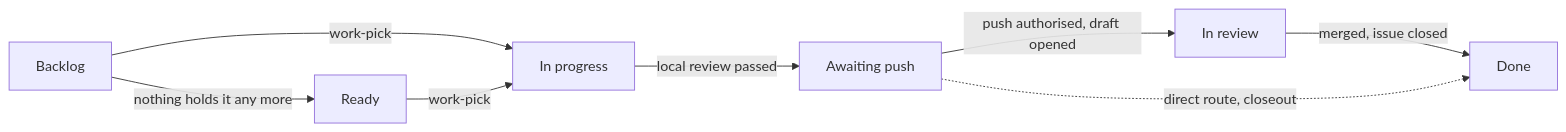
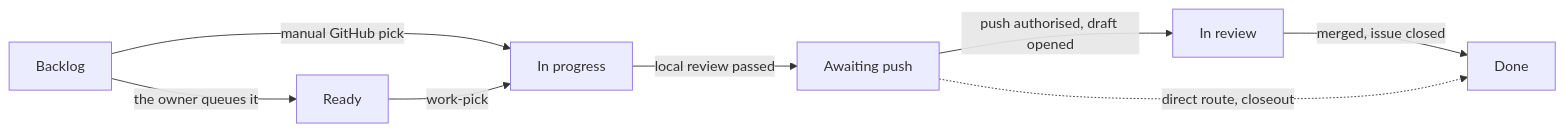
The diagram in docs/AI-WORKFLOW-board.md (zaingulel/kestrel), drawn with Mermaid before and after one commit. The commit also changed other lines of this file and 277 other files, not shown here.

````diff
--- a/docs/AI-WORKFLOW-board.md
+++ b/docs/AI-WORKFLOW-board.md
@@ -37,12 +37,12 @@
 ```mermaid
 flowchart LR
     accTitle: How a card moves across the board
-    accDescr: A card moves from Backlog or Ready to In progress, then Awaiting push, In review and Done, and a direct push goes from Awaiting push straight to Done.
-    BL[Backlog] -->|nothing holds it any more| RD[Ready]
-    BL -->|work-pick| IP[In progress]
+    accDescr: A card can be queued from Backlog to Ready, or a manual GitHub pick can start directly from Backlog. It moves through In progress, Awaiting push, In review and Done; a direct push skips In review.
+    BL[Backlog] -->|the owner queues it| RD[Ready]
+    BL -->|manual GitHub pick| IP[In progress]
     RD -->|work-pick| IP
     IP -->|local review passed| AP[Awaiting push]
     AP -->|push authorised, draft opened| IR[In review]
     IR -->|merged, issue closed| DN[Done]
     AP -.->|direct route, closeout| DN
 ```
````
